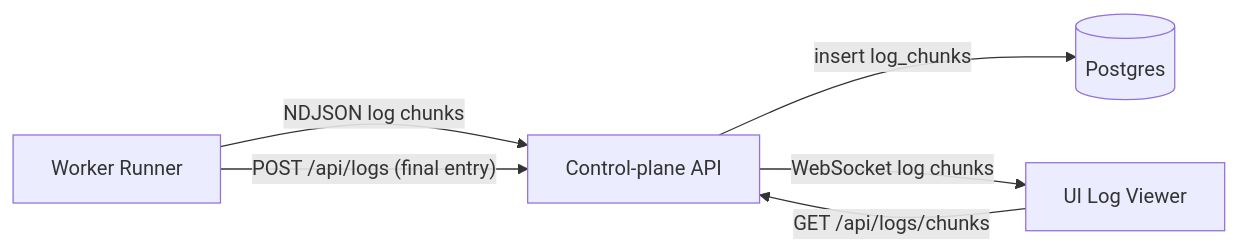
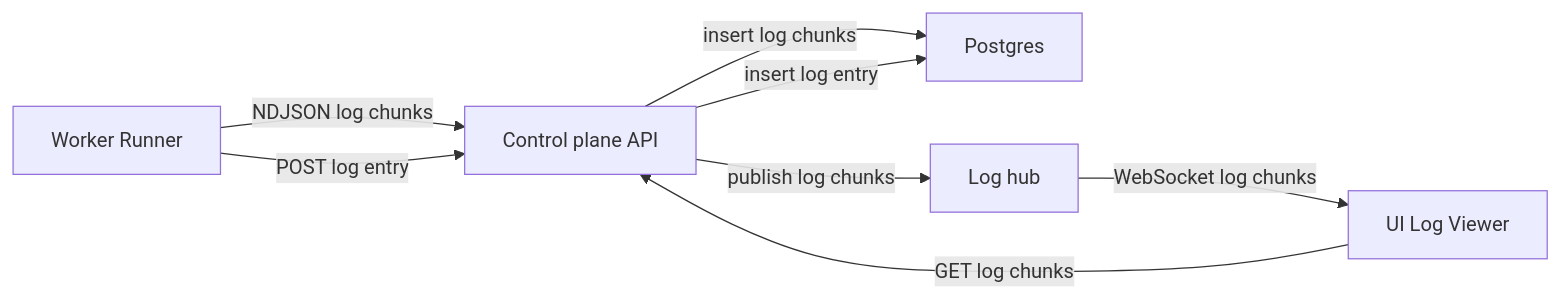
The diagram in docs/diagrams/log-streaming.mmd (k8ika0s/s390x-wheel-refinery), drawn with Mermaid before and after one commit. The commit also changed 4 other files, not shown here.

Commit message:
Docs: expand automation system and update diagrams

```diff
--- a/docs/diagrams/log-streaming.mmd
+++ b/docs/diagrams/log-streaming.mmd
@@ -1,6 +1,8 @@
 flowchart LR
-  worker[Worker Runner] -- "NDJSON log chunks" --> cp[Control-plane API]
-  cp -- "insert log_chunks" --> db[(Postgres)]
-  ui[UI Log Viewer] -- "GET /api/logs/chunks" --> cp
-  cp -- "WebSocket log chunks" --> ui
-  worker -- "POST /api/logs (final entry)" --> cp
+  worker[Worker Runner] -- "NDJSON log chunks" --> cp[Control plane API]
+  cp -- "insert log chunks" --> db[Postgres]
+  cp -- "publish log chunks" --> hub[Log hub]
+  hub -- "WebSocket log chunks" --> ui[UI Log Viewer]
+  ui -- "GET log chunks" --> cp
+  worker -- "POST log entry" --> cp
+  cp -- "insert log entry" --> db
```
